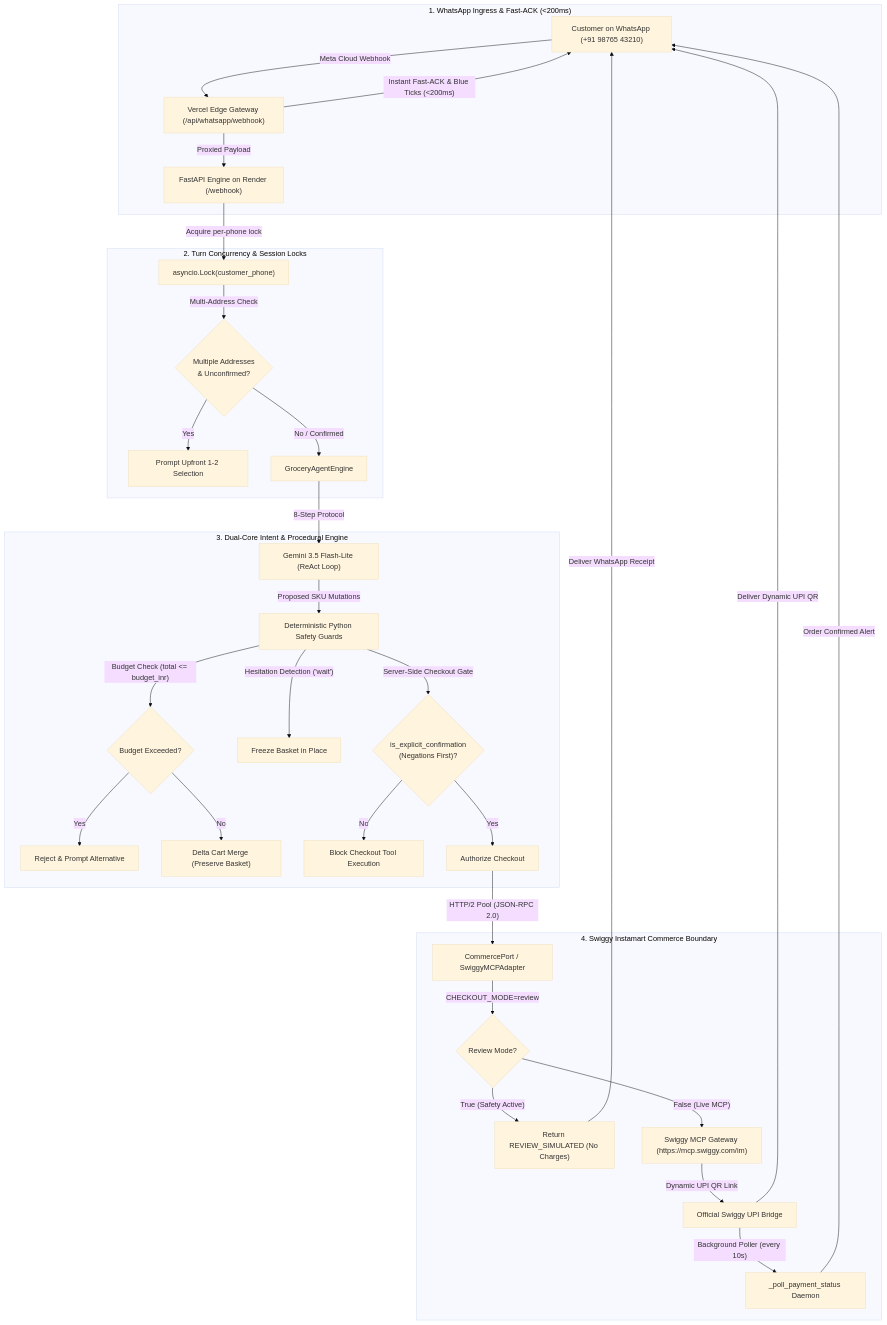
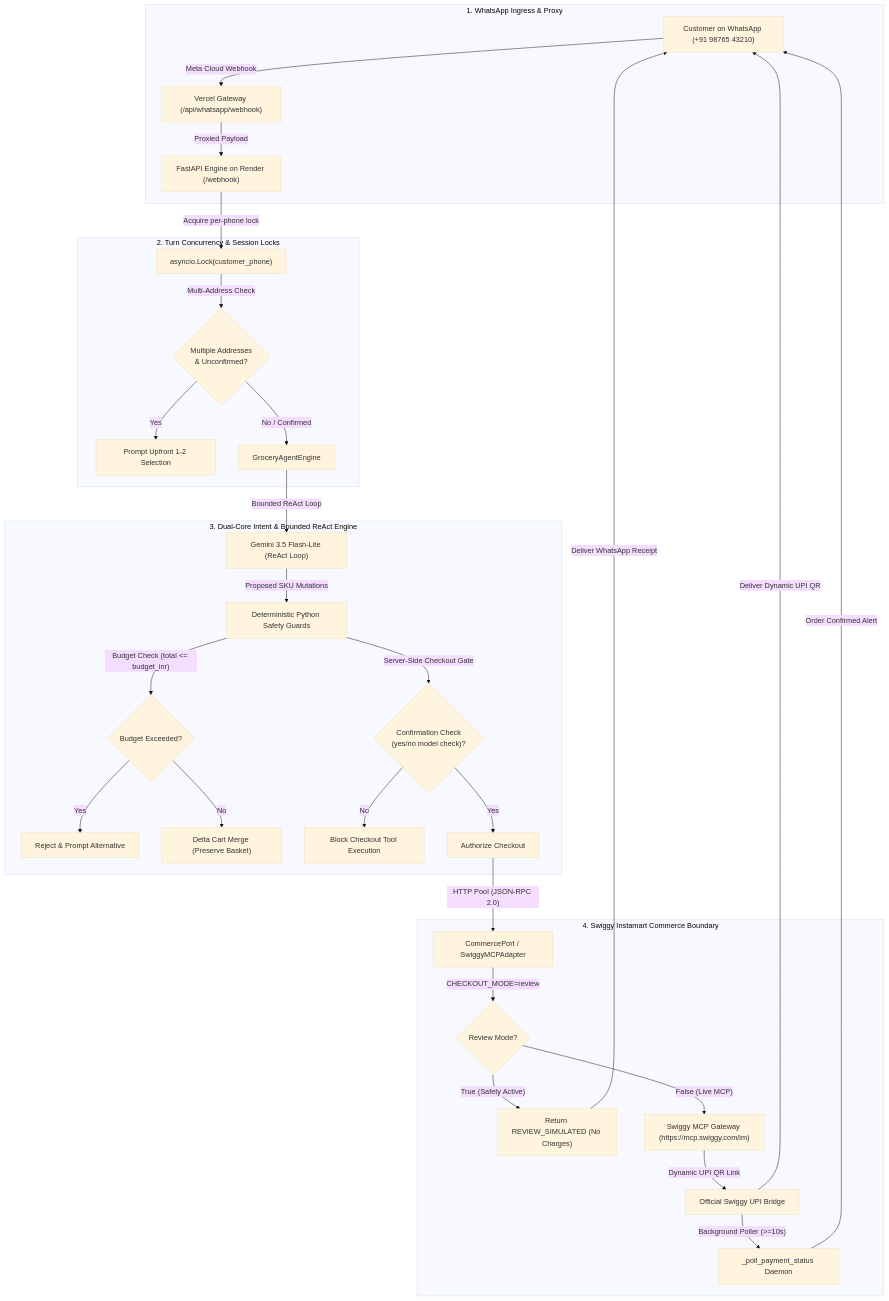
One commit to kwakhare5/Grocer changed the diagram in docs/SWIGGY_BUILDER_CLUB_APPLICATION.md. Above: the diagram before and after it, drawn with Mermaid (base theme). The commit also changed other lines of this file and 3 other files, not shown here.

````diff
--- a/docs/SWIGGY_BUILDER_CLUB_APPLICATION.md
+++ b/docs/SWIGGY_BUILDER_CLUB_APPLICATION.md
@@ -126,40 +126,38 @@
 ```mermaid
 flowchart TD
-    subgraph Ingress ["1. WhatsApp Ingress & Fast-ACK (<200ms)"]
-        WA["Customer on WhatsApp (+91 98765 43210)"] -->|"Meta Cloud Webhook"| Vercel["Vercel Edge Gateway (/api/whatsapp/webhook)"]
-        Vercel -->|"Instant Fast-ACK & Blue Ticks (<200ms)"| WA
+    subgraph Ingress ["1. WhatsApp Ingress & Proxy"]
+        WA["Customer on WhatsApp (+91 98765 43210)"] -->|"Meta Cloud Webhook"| Vercel["Vercel Gateway (/api/whatsapp/webhook)"]
         Vercel -->|"Proxied Payload"| FastAPI["FastAPI Engine on Render (/webhook)"]
     end
 
     subgraph Concurrency ["2. Turn Concurrency & Session Locks"]
         FastAPI -->|"Acquire per-phone lock"| Lock["asyncio.Lock(customer_phone)"]
         Lock -->|"Multi-Address Check"| AddrGuard{"Multiple Addresses\n& Unconfirmed?"}
         AddrGuard -->|"Yes"| AddrPrompt["Prompt Upfront 1-2 Selection"]
         AddrGuard -->|"No / Confirmed"| Engine["GroceryAgentEngine"]
     end
 
-    subgraph DualCore ["3. Dual-Core Intent & Procedural Engine"]
-        Engine -->|"8-Step Protocol"| Gemini["Gemini 3.5 Flash-Lite (ReAct Loop)"]
+    subgraph DualCore ["3. Dual-Core Intent & Bounded ReAct Engine"]
+        Engine -->|"Bounded ReAct Loop"| Gemini["Gemini 3.5 Flash-Lite (ReAct Loop)"]
         Gemini -->|"Proposed SKU Mutations"| Guards["Deterministic Python Safety Guards"]
         Guards -->|"Budget Check (total <= budget_inr)"| BudgetGuard{"Budget Exceeded?"}
         BudgetGuard -->|"Yes"| BudgetReject["Reject & Prompt Alternative"]
         BudgetGuard -->|"No"| DeltaMerge["Delta Cart Merge (Preserve Basket)"]
-        Guards -->|"Hesitation Detection ('wait')"| Hold["Freeze Basket in Place"]
-        Guards -->|"Server-Side Checkout Gate"| Gate{"is_explicit_confirmation\n(Negations First)?"}
+        Guards -->|"Server-Side Checkout Gate"| Gate{"Confirmation Check\n(yes/no model check)?"}
         Gate -->|"No"| Block["Block Checkout Tool Execution"]
         Gate -->|"Yes"| Auth["Authorize Checkout"]
     end
 
     subgraph Commerce ["4. Swiggy Instamart Commerce Boundary"]
-        Auth -->|"HTTP/2 Pool (JSON-RPC 2.0)"| Port["CommercePort / SwiggyMCPAdapter"]
+        Auth -->|"HTTP Pool (JSON-RPC 2.0)"| Port["CommercePort / SwiggyMCPAdapter"]
         Port -->|"CHECKOUT_MODE=review"| ReviewGate{"Review Mode?"}
         ReviewGate -->|"True (Safety Active)"| Sim["Return REVIEW_SIMULATED (No Charges)"]
         ReviewGate -->|"False (Live MCP)"| LiveMCP["Swiggy MCP Gateway (https://mcp.swiggy.com/im)"]
         LiveMCP -->|"Dynamic UPI QR Link"| PayLink["Official Swiggy UPI Bridge"]
-        PayLink -->|"Background Poller (every 10s)"| Poller["_poll_payment_status Daemon"]
+        PayLink -->|"Background Poller (>=10s)"| Poller["_poll_payment_status Daemon"]
     end
 
     Sim -->|"Deliver WhatsApp Receipt"| WA
     PayLink -->|"Deliver Dynamic UPI QR"| WA
     Poller -->|"Order Confirmed Alert"| WA
 ```
````
